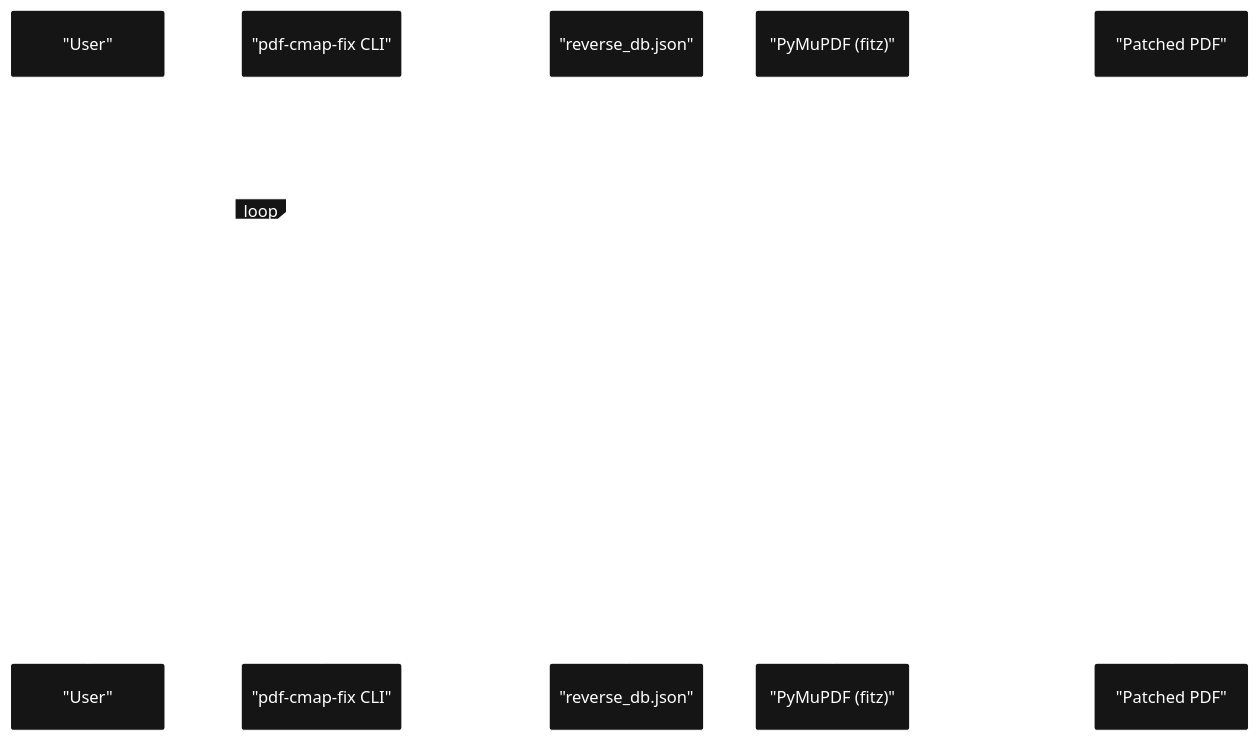
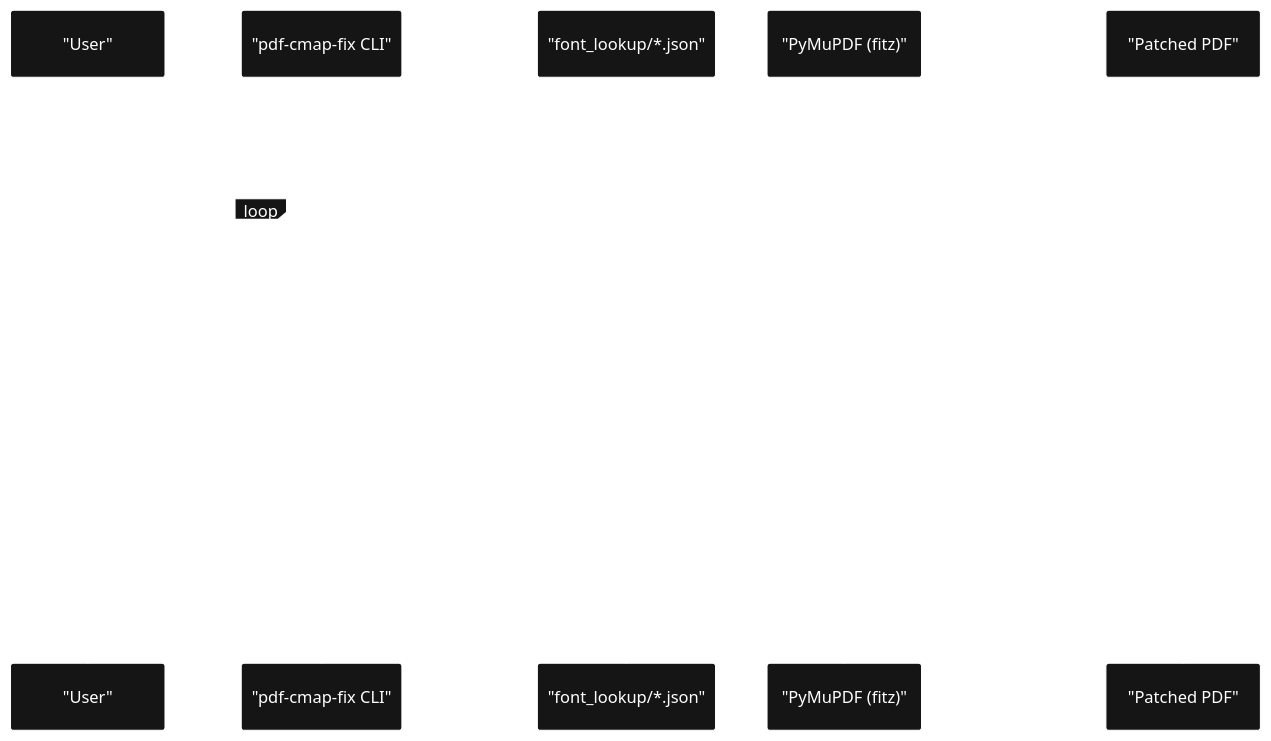
The fourth of 4 diagrams in docs/blog.md (OpenPecha/pdf-cmap-fix), drawn with Mermaid before and after one commit. The commit also changed other lines of this file and 1963 other files, not shown here.

First line of the commit message:
font_lookup layout, drop overlay CLI; CLI --help; README CLI table

````diff
--- a/docs/blog.md
+++ b/docs/blog.md
@@ -223,21 +223,21 @@
 ```mermaid
 %%{init: {'theme':'base', 'themeVariables': {'background':'#000000','primaryColor':'#151515','primaryTextColor':'#ffffff','primaryBorderColor':'#e8e8e8','lineColor':'#ffffff','textColor':'#ffffff','actorBkg':'#151515','actorBorder':'#ffffff','actorTextColor':'#ffffff','signalColor':'#ffffff','signalTextColor':'#ffffff','labelBoxBkgColor':'#151515','labelBoxBorderColor':'#ffffff','activationBkgColor':'#2a2a2a','activationBorderColor':'#ffffff','sequenceNumberColor':'#ffffff','loopTextColor':'#ffffff','noteBkgColor':'#151515','noteTextColor':'#ffffff','noteBorderColor':'#ffffff','titleColor':'#ffffff'}}}%%
 sequenceDiagram
     autonumber
     participant U as "User"
     participant CLI as "pdf-cmap-fix CLI"
-    participant DB as "reverse_db.json"
+    participant DB as "font_lookup/*.json"
     participant Mu as "PyMuPDF (fitz)"
     participant PDF as "Patched PDF"
 
     U->>CLI: pdf-cmap-fix doc.pdf
     CLI->>Mu: open doc.pdf
     loop for each Type0 font with /ToUnicode
         CLI->>Mu: read existing ToUnicode (GID → Unicode)
         CLI->>DB: lookup normalised font name
         DB-->>CLI: GID → Unicode (authoritative)
         CLI->>CLI: merge (DB wins)
     end
     CLI->>Mu: update_stream(/ToUnicode) for each changed font
     Mu->>PDF: serialise patched PDF / extract text
 ```
````
